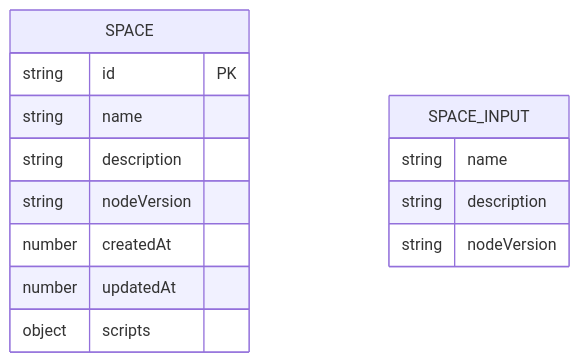
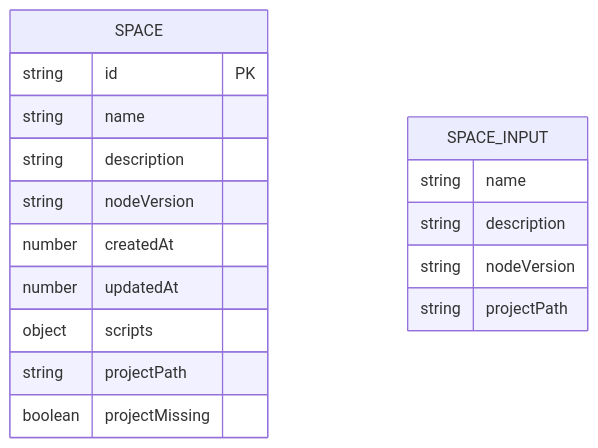
Before and after one commit to hozeeee/script-box: the seventh of 8 diagrams in .qoder/repowiki/zh/content/前端应用架构/页面组件/空间管理页面.md, drawn with Mermaid. The commit also changed other lines of this file and 76 other files, not shown here.

````diff
--- a/.qoder/repowiki/zh/content/前端应用架构/页面组件/空间管理页面.md
+++ b/.qoder/repowiki/zh/content/前端应用架构/页面组件/空间管理页面.md
@@ -277,17 +311,20 @@
 ```mermaid
 erDiagram
 SPACE {
 string id PK
 string name
 string description
 string nodeVersion
 number createdAt
 number updatedAt
 object scripts
+string projectPath
+boolean projectMissing
 }
 SPACE_INPUT {
 string name
 string description
 string nodeVersion
+string projectPath
 }
 ```
````
